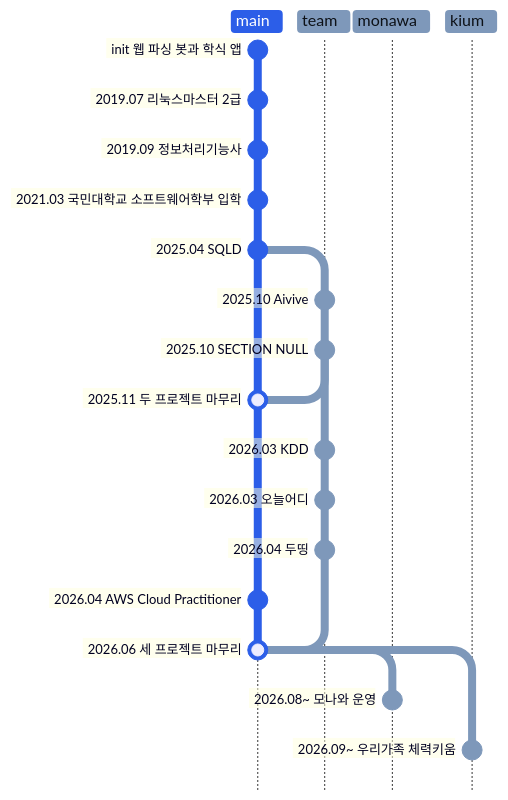
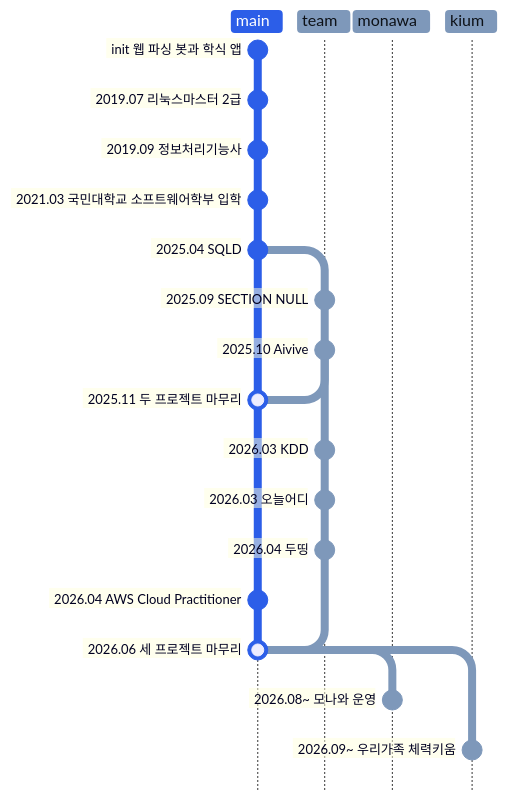
Before and after one commit to Sangjin-kmu/Sangjin-kmu: the diagram in README.md, drawn with Mermaid. The commit also changed other lines of this file, not shown here.

Commit message:
SECTION NULL 기간과 HUD 범위, 오늘어디 맡은 부분을 저장소 기록에 맞춤

````diff
--- a/README.md
+++ b/README.md
@@ -220,26 +220,26 @@
 ```mermaid
 %%{init: {"themeCSS": ".commit-label-bkg{fill:#8c959f;fill-opacity:.14;opacity:1}", "gitGraph": {"rotateCommitLabel": false}, "themeVariables": {"commitLabelFontSize": "13px", "git0": "#2c5ee8", "git1": "#7e98ba", "git2": "#7e98ba", "git3": "#7e98ba", "gitBranchLabel0": "#ffffff", "gitBranchLabel1": "#0d1117", "gitBranchLabel2": "#0d1117", "gitBranchLabel3": "#0d1117", "gitInv0": "#ffffff"}}}%%
 gitGraph TB:
   commit id: "init 웹 파싱 봇과 학식 앱"
   commit id: "2019.07 리눅스마스터 2급"
   commit id: "2019.09 정보처리기능사"
   commit id: "2021.03 국민대학교 소프트웨어학부 입학"
   commit id: "2025.04 SQLD"
   branch team
+  commit id: "2025.09 SECTION NULL"
   commit id: "2025.10 Aivive"
-  commit id: "2025.10 SECTION NULL"
   checkout main
   merge team id: "2025.11 두 프로젝트 마무리"
   checkout team
   commit id: "2026.03 KDD"
   commit id: "2026.03 오늘어디"
   commit id: "2026.04 두띵"
   checkout main
   commit id: "2026.04 AWS Cloud Practitioner"
   merge team id: "2026.06 세 프로젝트 마무리"
   branch monawa
   commit id: "2026.08~ 모나와 운영"
   checkout main
   branch kium
   commit id: "2026.09~ 우리가족 체력키움"
 ```
````
